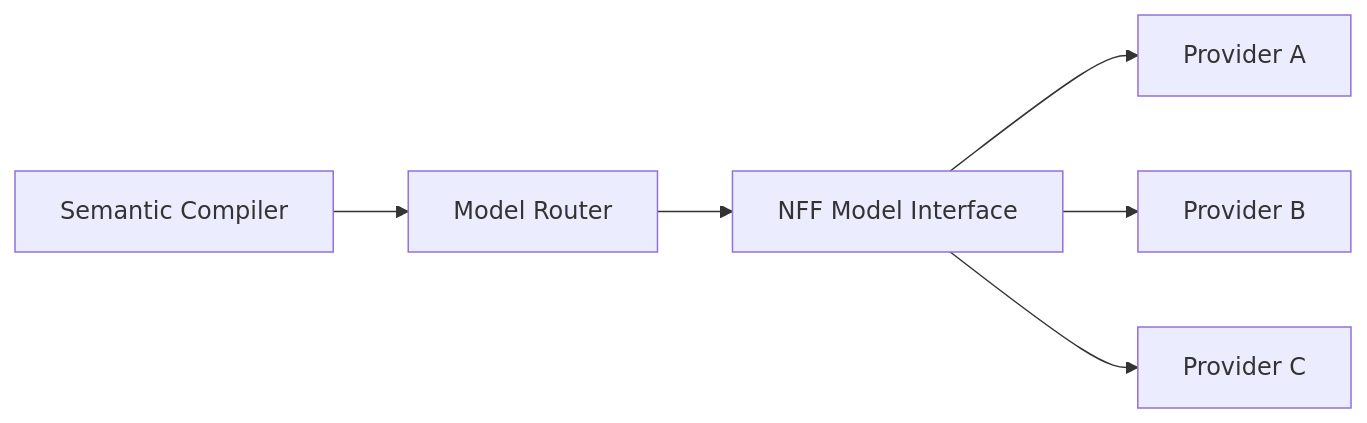
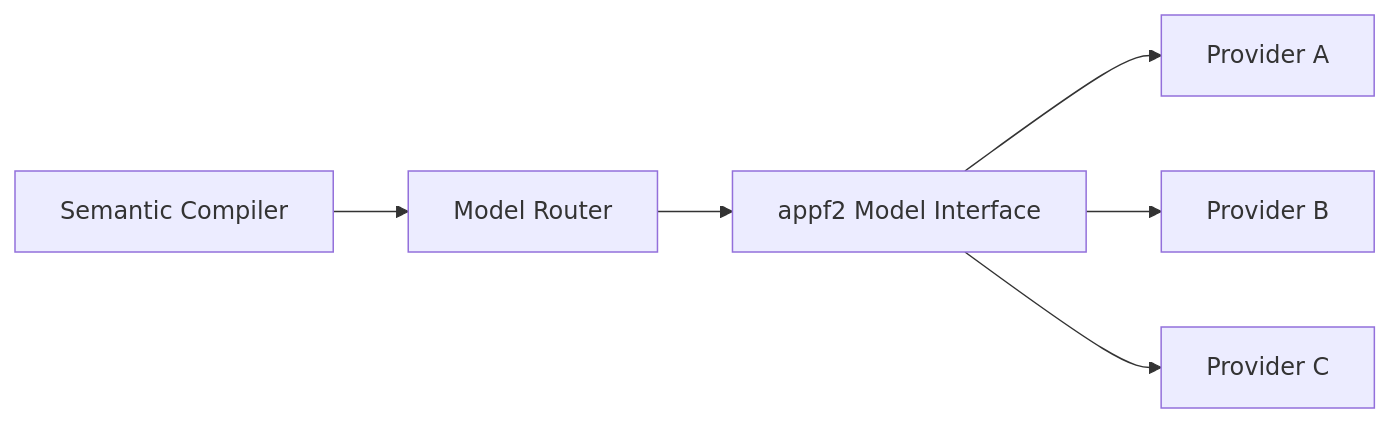
The third of 6 diagrams in working/common-core/APP-ARCHITECTURE.md (NFF98/NodeFF), drawn with Mermaid before and after one commit. The commit also changed other lines of this file and 53 other files, not shown here.

```diff
--- a/working/common-core/APP-ARCHITECTURE.md
+++ b/working/common-core/APP-ARCHITECTURE.md
@@ -297,8 +297,8 @@
 ~~~mermaid
 flowchart LR
     C[Semantic Compiler] --> R[Model Router]
-    R --> I[NFF Model Interface]
+    R --> I[appf2 Model Interface]
     I --> A[Provider A]
     I --> B[Provider B]
     I --> C2[Provider C]
 ~~~
```
